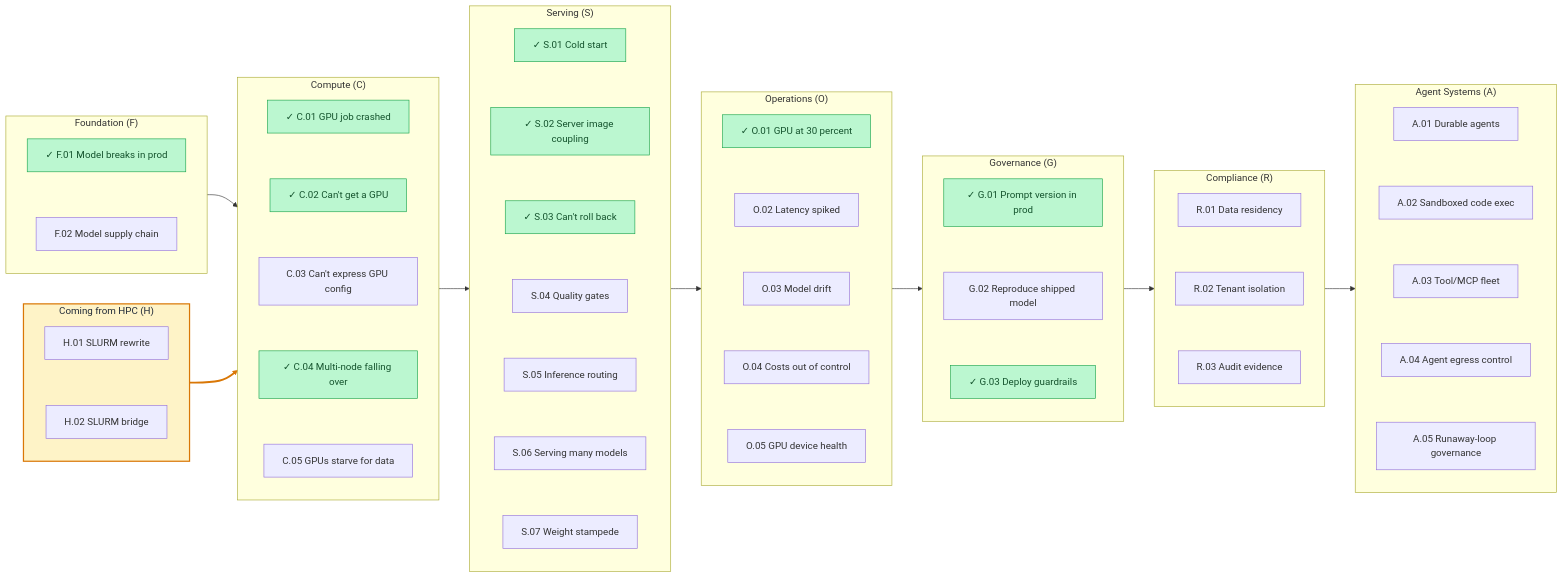
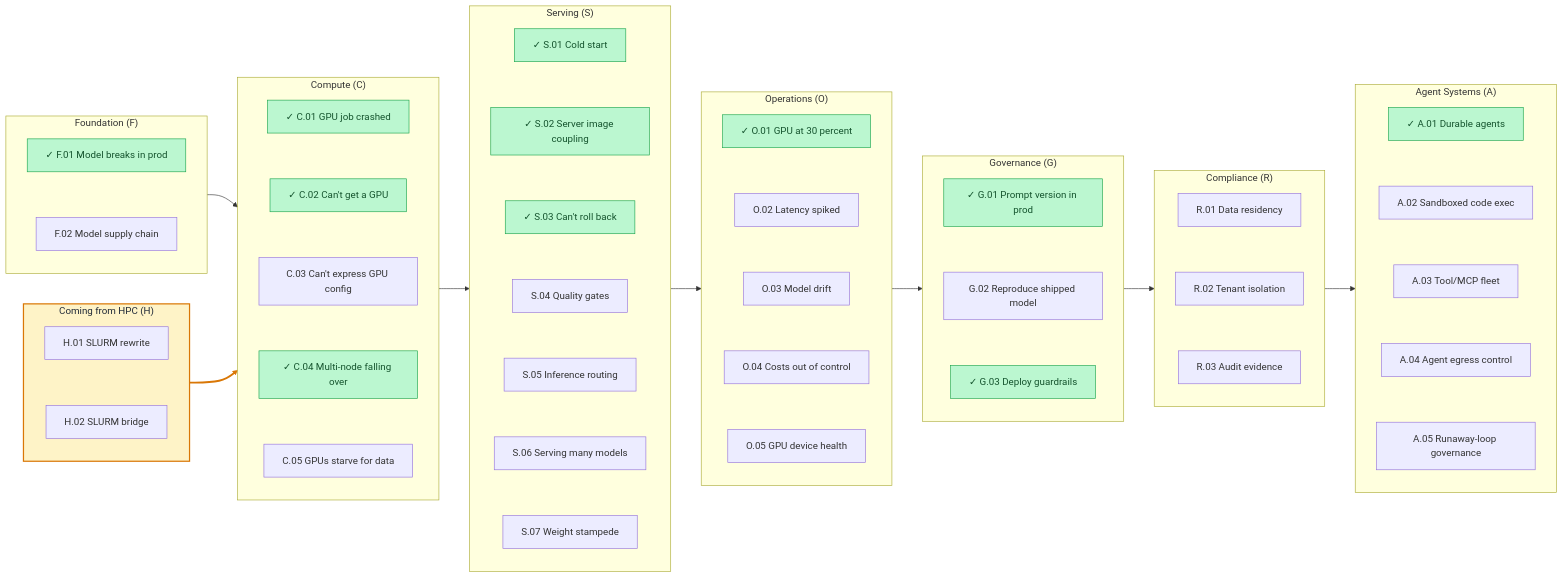
The diagram in README.md (arun-gupta/the-pain-first-way), drawn with Mermaid before and after one commit. The commit also changed 2 other files, not shown here.

Commit message:
Mark A.01 example Available on the strength of option B
Option B is built and live-verified, so flip the remaining catalog
surfaces: examples index row to Available (linked), landscape node to
"checkmark A.01" in the avail class, and update the example status note.
C and D remain in progress as additional runnable variants.

```diff
--- a/README.md
+++ b/README.md
@@ -86,7 +86,7 @@
     end
     subgraph A["Agent Systems (A)"]
         direction TB
-        A01[A.01 Durable agents]
+        A01[✓ A.01 Durable agents]
         A02[A.02 Sandboxed code exec]
         A03[A.03 Tool/MCP fleet]
         A04[A.04 Agent egress control]
@@ -105,7 +105,7 @@
     F --> C --> S --> O --> G --> R --> A
     H ==> C
     classDef avail fill:#bbf7d0,stroke:#16a34a,stroke-width:1px,color:#14532d;
-    class F01,C01,C02,C04,S01,S02,O01,S03,G01,G03 avail;
+    class F01,C01,C02,C04,S01,S02,O01,S03,G01,G03,A01 avail;
     style H fill:#fef3c7,stroke:#d97706,stroke-width:2px,color:#1f2937;
     linkStyle 30 stroke:#d97706,stroke-width:3px;
     click F01 "https://github.com/arun-gupta/the-pain-first-way/blob/main/pains/foundation/F01-model-works-locally.md"
```
